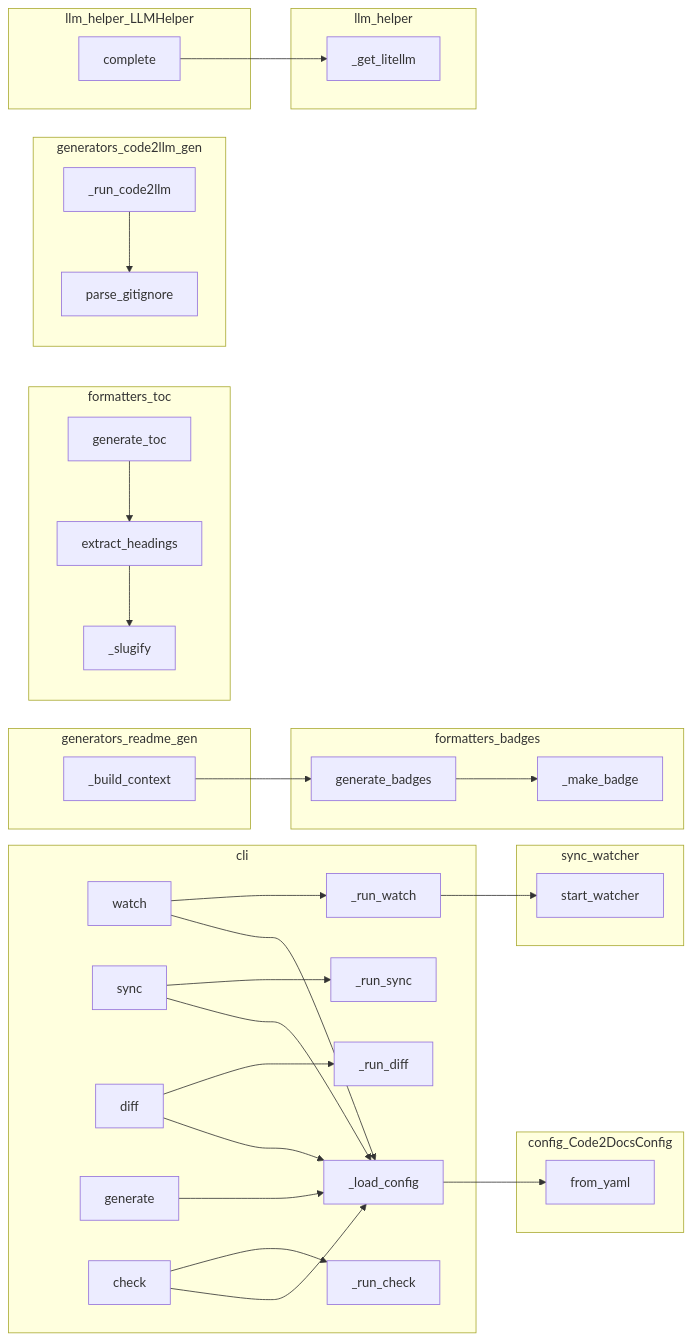
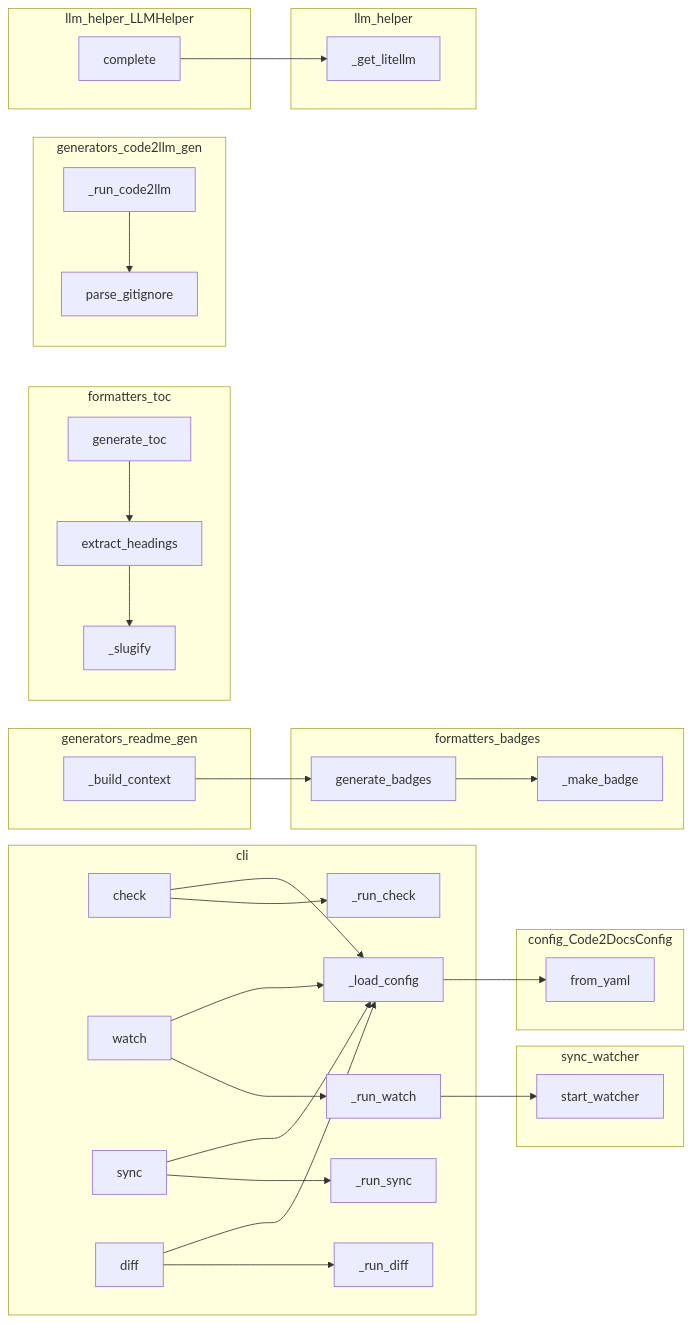
The diagram in code2docs/project/calls.mmd (wronai/code2docs), drawn with Mermaid before and after one commit. The commit also changed 49 other files, not shown here.

```diff
--- a/code2docs/project/calls.mmd
+++ b/code2docs/project/calls.mmd
@@ -1,58 +1,56 @@
 flowchart LR
     subgraph cli
+        cli___load_config["_load_config"]
+        cli___run_watch["_run_watch"]
+        cli__check["check"]
+        cli___run_check["_run_check"]
+        cli___run_sync["_run_sync"]
         cli__watch["watch"]
-        cli___run_watch["_run_watch"]
-        cli___load_config["_load_config"]
         cli__sync["sync"]
         cli__diff["diff"]
-        cli__generate["generate"]
-        cli__check["check"]
-        cli___run_sync["_run_sync"]
         cli___run_diff["_run_diff"]
-        cli___run_check["_run_check"]
     end
     subgraph config_Code2DocsConfig
         config__Code2DocsConfig__from_yaml["from_yaml"]
     end
     subgraph formatters_badges
         formatters__badges___make_badge["_make_badge"]
         formatters__badges__generate_badges["generate_badges"]
     end
     subgraph formatters_toc
+        formatters__toc__generate_toc["generate_toc"]
         formatters__toc___slugify["_slugify"]
         formatters__toc__extract_headings["extract_headings"]
-        formatters__toc__generate_toc["generate_toc"]
     end
     subgraph generators_code2llm_gen
+        generators___run_code2llm["_run_code2llm"]
         generators__code2llm_gen__parse_gitignore["parse_gitignore"]
-        generators___run_code2llm["_run_code2llm"]
     end
     subgraph generators_readme_gen
         generators___build_context["_build_context"]
     end
     subgraph llm_helper
         llm_helper___get_litellm["_get_litellm"]
     end
     subgraph llm_helper_LLMHelper
         llm_helper__LLMHelper__complete["complete"]
     end
     subgraph sync_watcher
         sync__watcher__start_watcher["start_watcher"]
     end
     llm_helper__LLMHelper__complete --> llm_helper___get_litellm
     formatters__badges__generate_badges --> formatters__badges___make_badge
     formatters__toc__generate_toc --> formatters__toc__extract_headings
     formatters__toc__extract_headings --> formatters__toc___slugify
     generators___build_context --> formatters__badges__generate_badges
     generators___run_code2llm --> generators__code2llm_gen__parse_gitignore
-    cli__generate --> cli___load_config
     cli__sync --> cli___load_config
     cli__sync --> cli___run_sync
     cli__watch --> cli___load_config
     cli__watch --> cli___run_watch
     cli__check --> cli___load_config
     cli__check --> cli___run_check
     cli__diff --> cli___load_config
     cli__diff --> cli___run_diff
     cli___load_config --> config__Code2DocsConfig__from_yaml
     cli___run_watch --> sync__watcher__start_watcher
```
